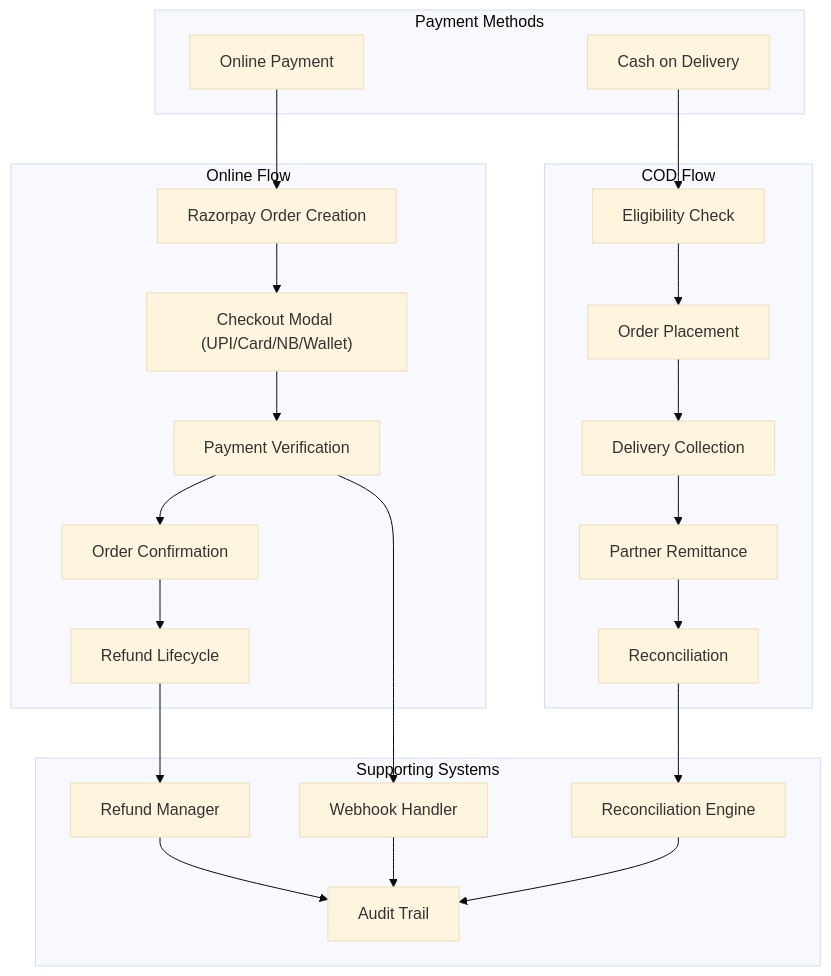
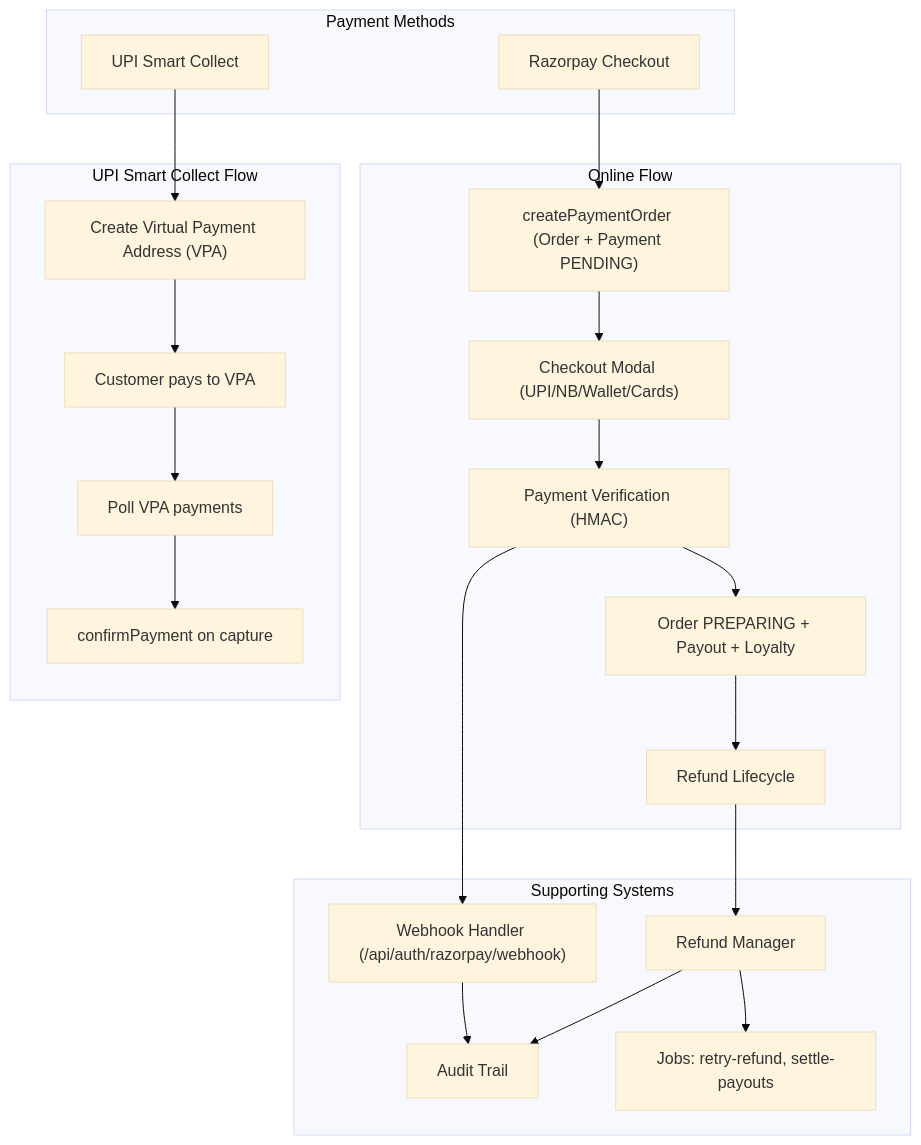
One commit to dharshan47/rrckitchen changed the first of 6 diagrams in docs/08-payment-system.md. Above: the diagram before and after it, drawn with Mermaid (base theme). The commit also changed other lines of this file and 462 other files, not shown here.

Commit message:
feat: implement core platform features including admin dashboards, catalog management, loyalty systems, and delivery partner workflows with comprehensive test coverage and documentation.

````diff
--- a/docs/08-payment-system.md
+++ b/docs/08-payment-system.md
@@ -11,50 +11,47 @@
 ```mermaid
 %%{init: {'flowchart': {'curve': 'basis', 'useMaxWidth': true, 'nodeSpacing': 50, 'rankSpacing': 50}}}%%
 flowchart TB
     subgraph "Payment Methods"
-        Online["Online Payment"]
-        COD["Cash on Delivery"]
+        Online["Razorpay Checkout"]
+        UPI["UPI Smart Collect"]
     end
 
     subgraph "Online Flow"
-        O1["Razorpay Order Creation"]
-        O2["Checkout Modal (UPI/Card/NB/Wallet)"]
-        O3["Payment Verification"]
-        O4["Order Confirmation"]
+        O1["createPaymentOrder (Order + Payment PENDING)"]
+        O2["Checkout Modal (UPI/NB/Wallet/Cards)"]
+        O3["Payment Verification (HMAC)"]
+        O4["Order PREPARING + Payout + Loyalty"]
         O5["Refund Lifecycle"]
     end
 
-    subgraph "COD Flow"
-        C1["Eligibility Check"]
-        C2["Order Placement"]
-        C3["Delivery Collection"]
-        C4["Partner Remittance"]
-        C5["Reconciliation"]
+    subgraph "UPI Smart Collect Flow"
+        U1["Create Virtual Payment Address (VPA)"]
+        U2["Customer pays to VPA"]
+        U3["Poll VPA payments"]
+        U4["confirmPayment on capture"]
     end
 
     subgraph "Supporting Systems"
-        WH["Webhook Handler"]
-        RC["Reconciliation Engine"]
+        WH["Webhook Handler (/api/auth/razorpay/webhook)"]
         RF["Refund Manager"]
         AUD["Audit Trail"]
+        J["Jobs: retry-refund, settle-payouts"]
     end
 
     Online --> O1
     O1 --> O2
     O2 --> O3
     O3 --> O4
     O4 --> O5
 
-    COD --> C1
-    C1 --> C2
-    C2 --> C3
-    C3 --> C4
-    C4 --> C5
+    UPI --> U1
+    U1 --> U2
+    U2 --> U3
+    U3 --> U4
 
     O3 --> WH
     O5 --> RF
-    C5 --> RC
     WH --> AUD
-    RC --> AUD
     RF --> AUD
+    RF --> J
 ```
````
